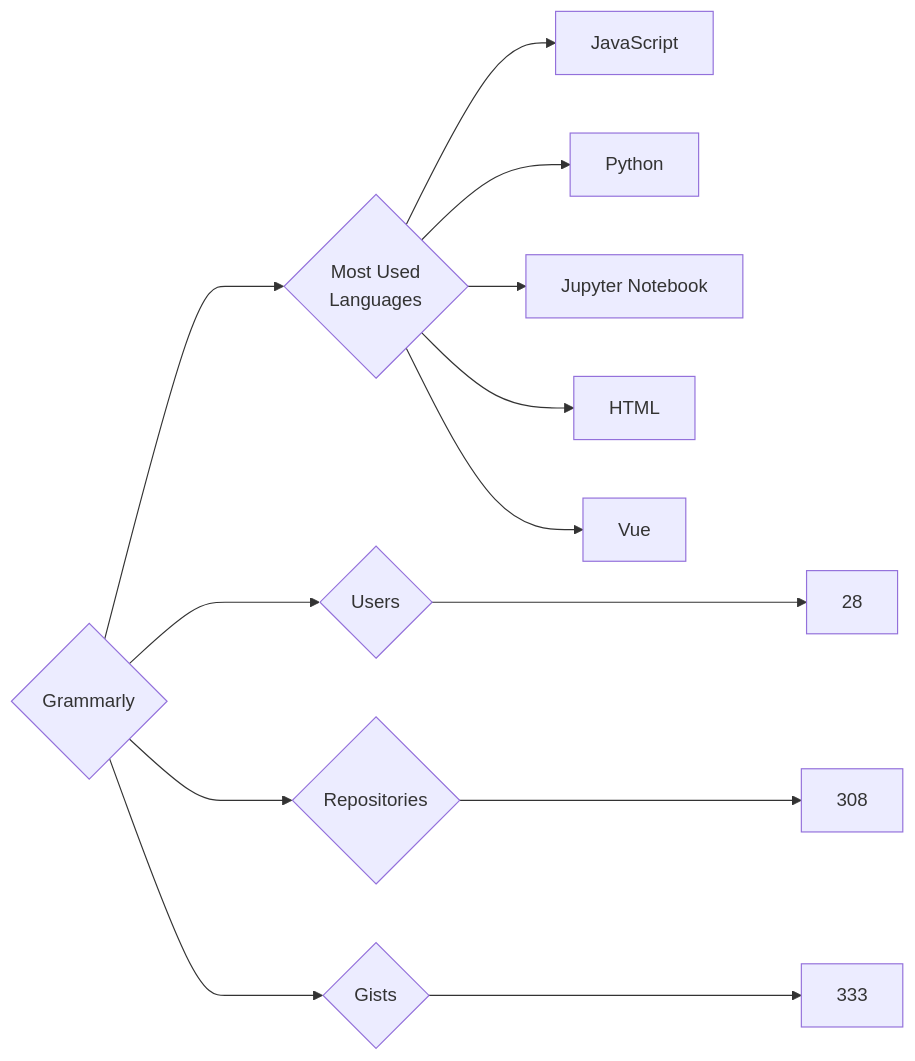
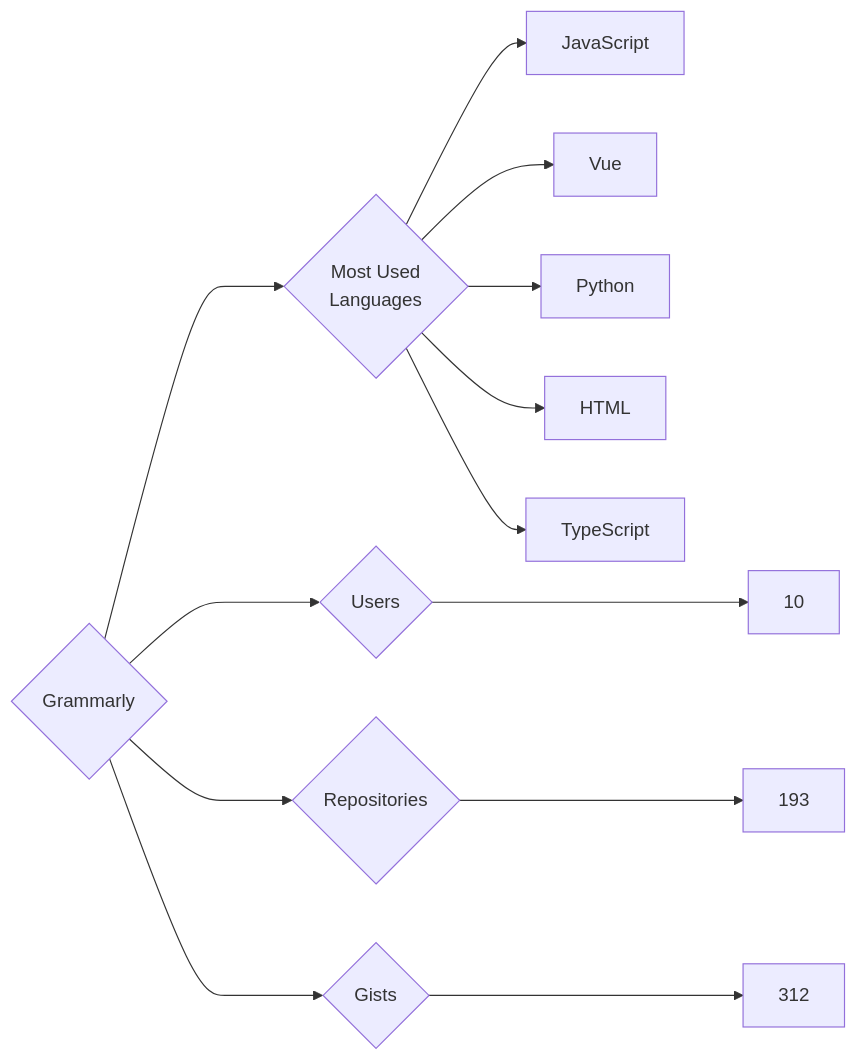
The diagram in targets/Grammarly/README.md (trickest/insiders), drawn with Mermaid before and after one commit. The commit also changed 944 other files, not shown here.

````diff
--- a/targets/Grammarly/README.md
+++ b/targets/Grammarly/README.md
@@ -3,13 +3,13 @@
 ```mermaid
 graph LR
 COMPANY_NAME{Grammarly}
-COMPANY_NAME ---> U{Users} ---> UN[28]
-COMPANY_NAME ---> R{Repositories} ---> RN[308]
-COMPANY_NAME ---> G{Gists} ---> GN[333]
+COMPANY_NAME ---> U{Users} ---> UN[10]
+COMPANY_NAME ---> R{Repositories} ---> RN[193]
+COMPANY_NAME ---> G{Gists} ---> GN[312]
 COMPANY_NAME ---> ML{Most Used<br>Languages}
 ML --> JavaScript[JavaScript]
+ML --> Vue[Vue]
 ML --> Python[Python]
-ML --> Jupyter_Notebook[Jupyter Notebook]
 ML --> HTML[HTML]
-ML --> Vue[Vue]
+ML --> TypeScript[TypeScript]
 ```
````
